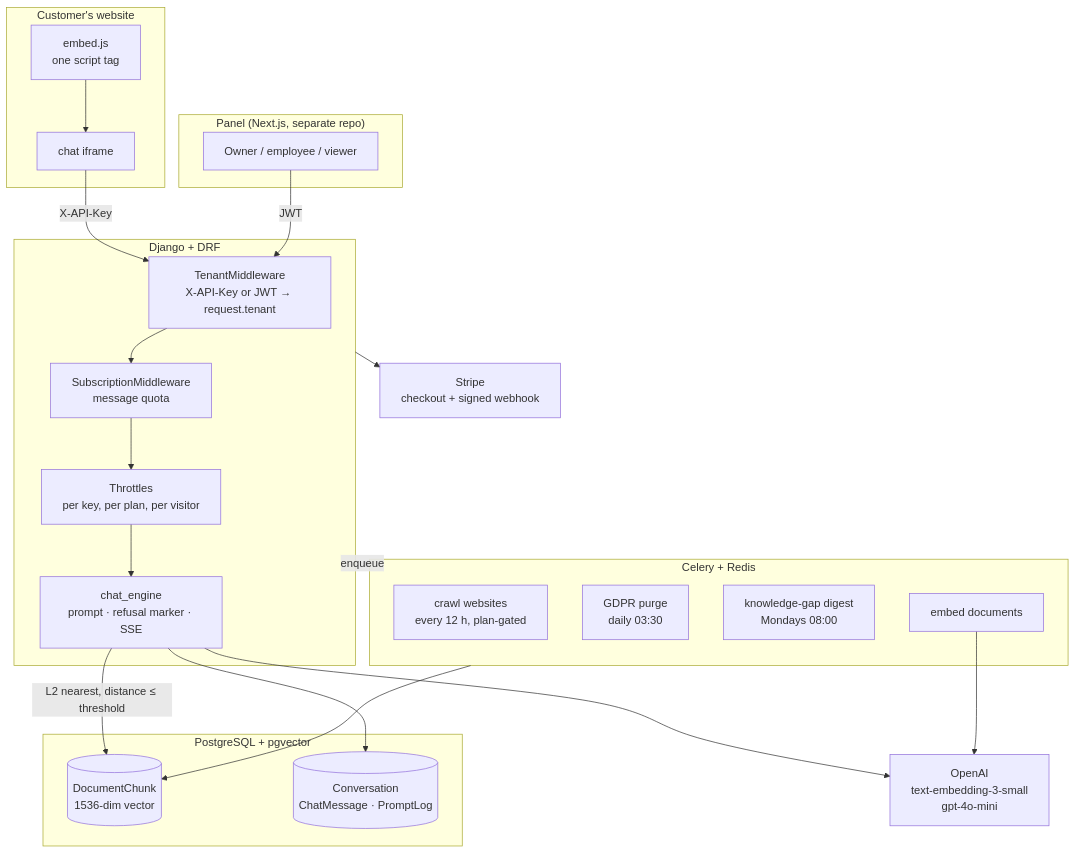
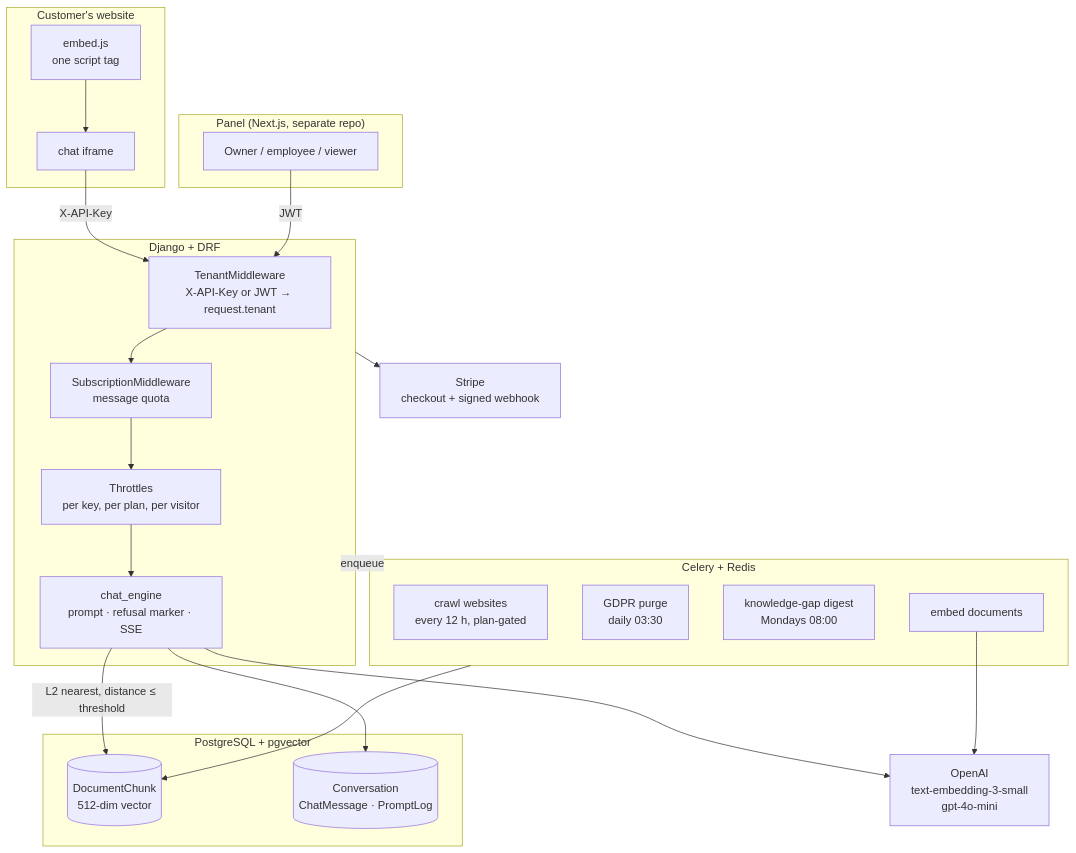
One commit to piatekkrzysztof/chatbot_project changed the diagram in README.md. Above: the diagram before and after it, drawn with Mermaid. The commit also changed 37 other files, not shown here.

````diff
--- a/README.md
+++ b/README.md
@@ -68,45 +68,45 @@
 ```mermaid
 flowchart TB
     subgraph client["Customer's website"]
         embed["embed.js<br/>one script tag"]
         iframe["chat iframe"]
         embed --> iframe
     end
 
     subgraph panel["Panel (Next.js, separate repo)"]
         admin["Owner / employee / viewer"]
     end
 
     subgraph api["Django + DRF"]
         tm["TenantMiddleware<br/>X-API-Key or JWT → request.tenant"]
         sm["SubscriptionMiddleware<br/>message quota"]
         th["Throttles<br/>per key, per plan, per visitor"]
         engine["chat_engine<br/>prompt · refusal marker · SSE"]
         tm --> sm --> th --> engine
     end
 
     subgraph data["PostgreSQL + pgvector"]
-        chunks[("DocumentChunk<br/>1536-dim vector")]
+        chunks[("DocumentChunk<br/>512-dim vector")]
         conv[("Conversation<br/>ChatMessage · PromptLog")]
     end
 
     subgraph jobs["Celery + Redis"]
         crawl["crawl websites<br/>every 12 h, plan-gated"]
         purge["GDPR purge<br/>daily 03:30"]
         digest["knowledge-gap digest<br/>Mondays 08:00"]
         embedjob["embed documents"]
     end
 
     openai["OpenAI<br/>text-embedding-3-small<br/>gpt-4o-mini"]
     stripe["Stripe<br/>checkout + signed webhook"]
 
     iframe -->|"X-API-Key"| tm
     admin -->|"JWT"| tm
     engine -->|"L2 nearest, distance ≤ threshold"| chunks
     engine --> conv
     engine --> openai
     jobs --> chunks
     embedjob --> openai
     api --> stripe
     api -.enqueue.-> jobs
 ```
````
